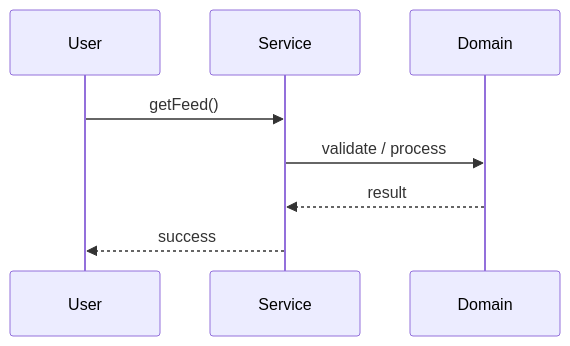
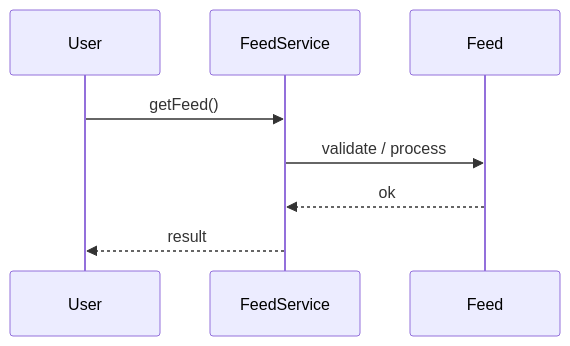
Before and after one commit to madhupaila/Interview-Prep-SSE: the second of 3 diagrams in Learn/System Design - Low Level Design/02-classic-ood/questions/Q43-news-feed-object-model.md, drawn with Mermaid. The commit also changed other lines of this file and 491 other files, not shown here.

````diff
--- a/Learn/System Design - Low Level Design/02-classic-ood/questions/Q43-news-feed-object-model.md
+++ b/Learn/System Design - Low Level Design/02-classic-ood/questions/Q43-news-feed-object-model.md
@@ -122,10 +156,10 @@
 ```mermaid
 sequenceDiagram
-    participant U as User
-    participant S as Service
-    participant D as Domain
-    U->>S: getFeed()
-    S->>D: validate / process
-    D-->>S: result
-    S-->>U: success
+participant U as User
+participant S as FeedService
+participant D as Feed
+U->>S: getFeed()
+S->>D: validate / process
+D-->>S: ok
+S-->>U: result
 ```
````
